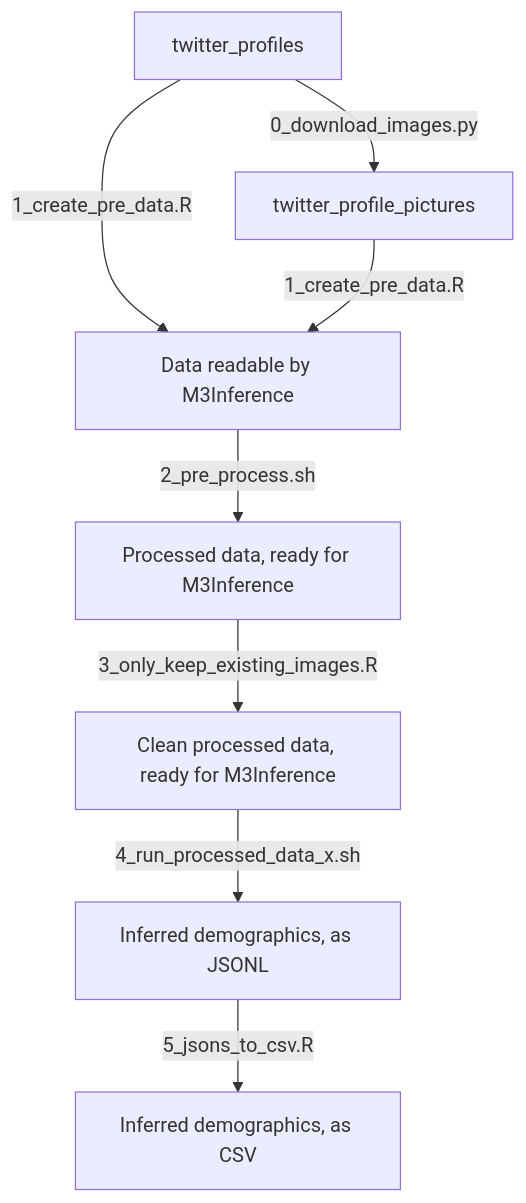
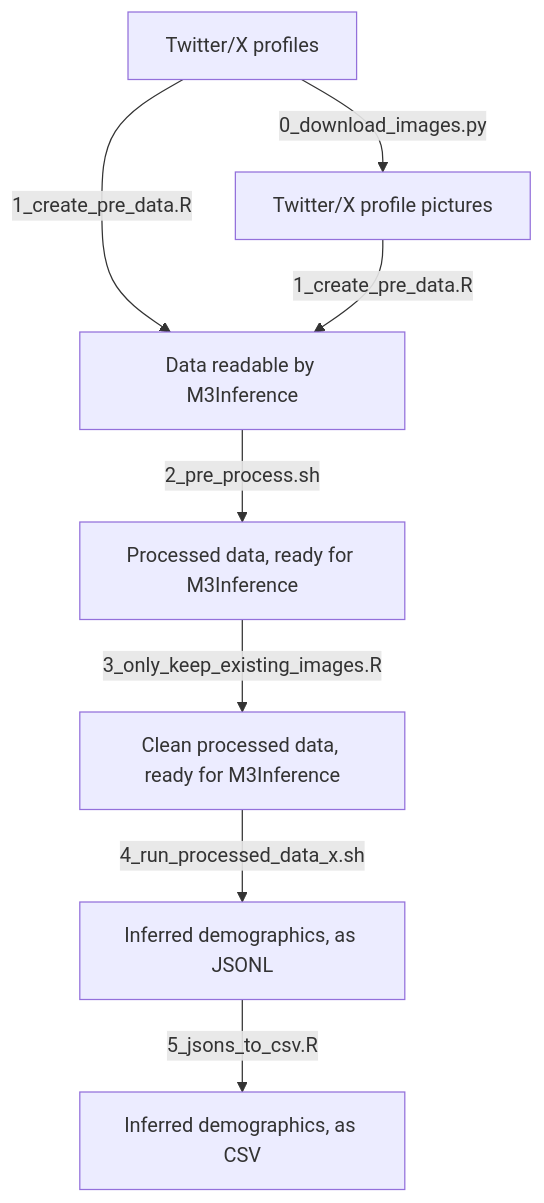
One commit to richelbilderbeek/soederstroem_et_al_2026 changed the diagram in README.md. Above: the diagram before and after it, drawn with Mermaid.

Commit message:
Improve flowchart

````diff
--- a/README.md
+++ b/README.md
@@ -40,22 +40,21 @@
 ```mermaid
 flowchart TD
 
-  twitter_profiles
-  twitter_profile_pictures
+  twitter_profiles[Twitter/X profiles]
+  twitter_profile_pictures[Twitter/X profile pictures]
   pre_data[Data readable by M3Inference]
   processed_pre_data[Processed data, ready for M3Inference]
   clean_processed_pre_data[Clean processed data, ready for M3Inference]
   inferred_demographics_jsonl[Inferred demographics, as JSONL]
   
   inferred_demographics_csv[Inferred demographics, as CSV]
 
 
   twitter_profiles --> |0_download_images.py| twitter_profile_pictures
   twitter_profiles --> |1_create_pre_data.R| pre_data
   twitter_profile_pictures --> |1_create_pre_data.R| pre_data
   pre_data --> |2_pre_process.sh| processed_pre_data
   processed_pre_data --> |3_only_keep_existing_images.R| clean_processed_pre_data
   clean_processed_pre_data --> |4_run_processed_data_x.sh| inferred_demographics_jsonl
   inferred_demographics_jsonl --> |5_jsons_to_csv.R| inferred_demographics_csv
-
 ```
````
